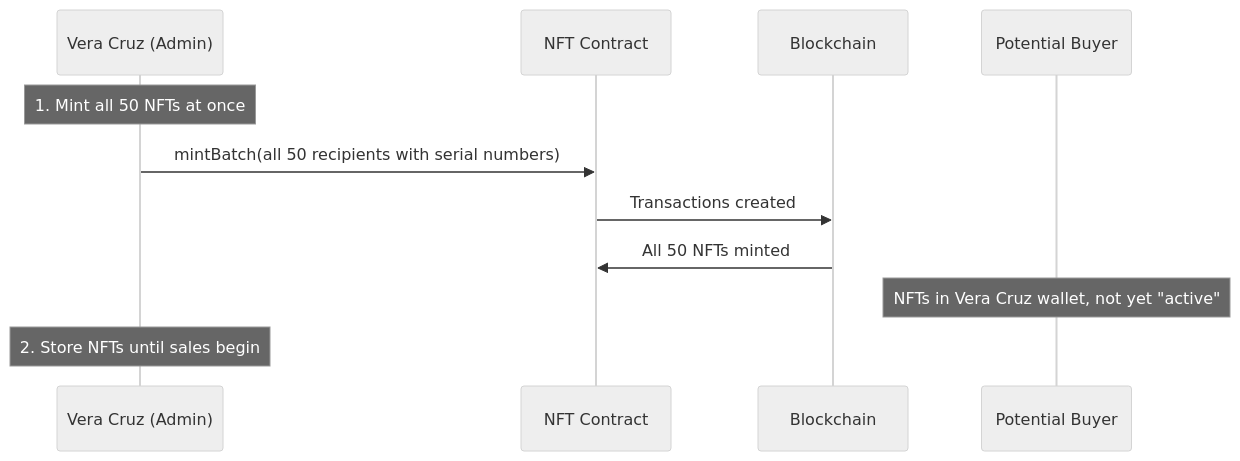
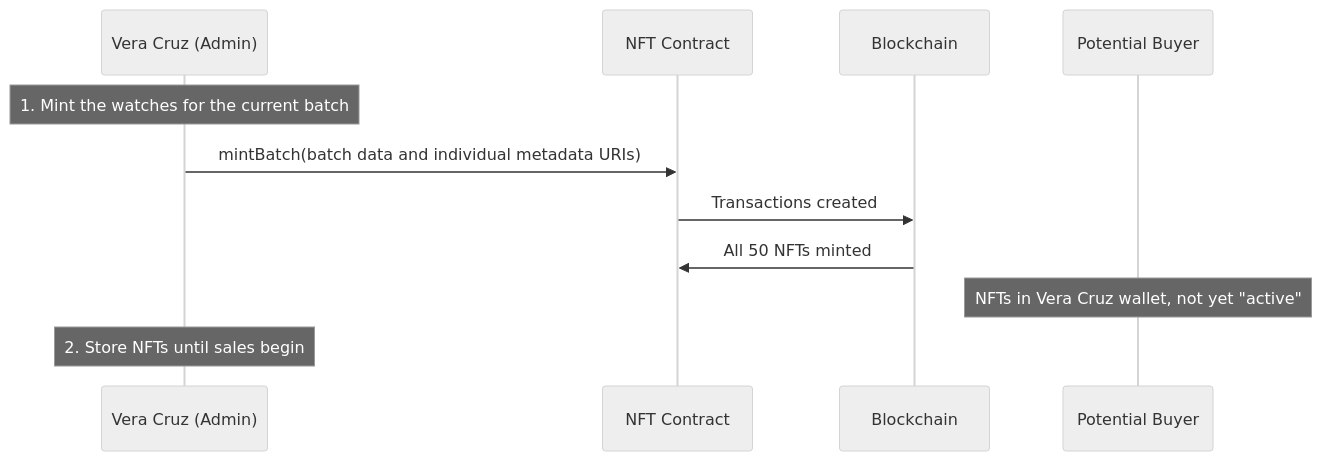
One commit to andrelgbatista/vera-cruz-nft changed the first of 3 diagrams in veracruznft-architecture.md. Above: the diagram before and after it, drawn with Mermaid (neutral theme). The commit also changed other lines of this file and 65 other files, not shown here.

````diff
--- a/veracruznft-architecture.md
+++ b/veracruznft-architecture.md
@@ -195,16 +195,16 @@
 ```mermaid
 sequenceDiagram
     participant V as Vera Cruz (Admin)
     participant C as NFT Contract
     participant B as Blockchain
     participant P as Potential Buyer
 
-    Note over V: 1. Mint all 50 NFTs at once
+    Note over V: 1. Mint the watches for the current batch
     
-    V->>C: mintBatch(all 50 recipients with serial numbers)
+    V->>C: mintBatch(batch data and individual metadata URIs)
     C->>B: Transactions created
     B->>C: All 50 NFTs minted
     Note over P: NFTs in Vera Cruz wallet, not yet "active"
     
     Note over V: 2. Store NFTs until sales begin
 ```
````
